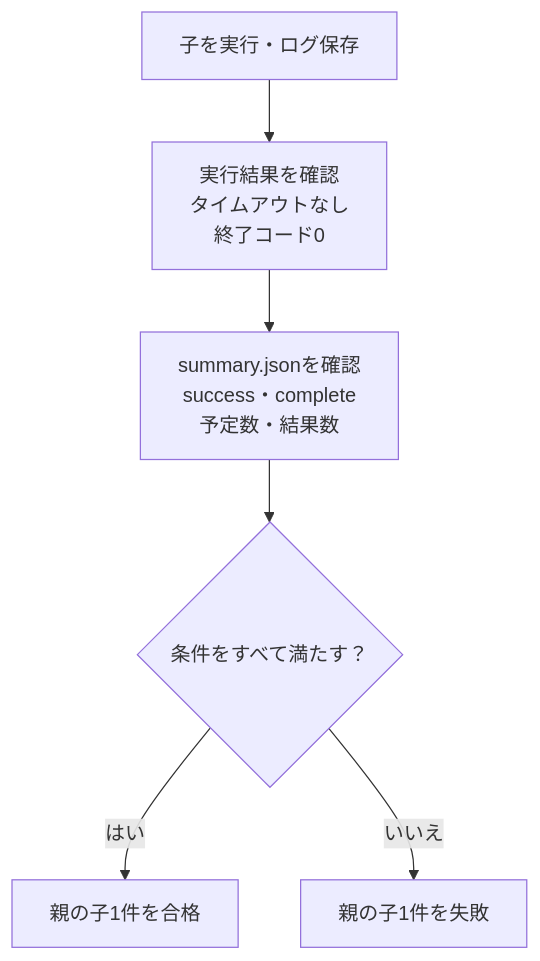
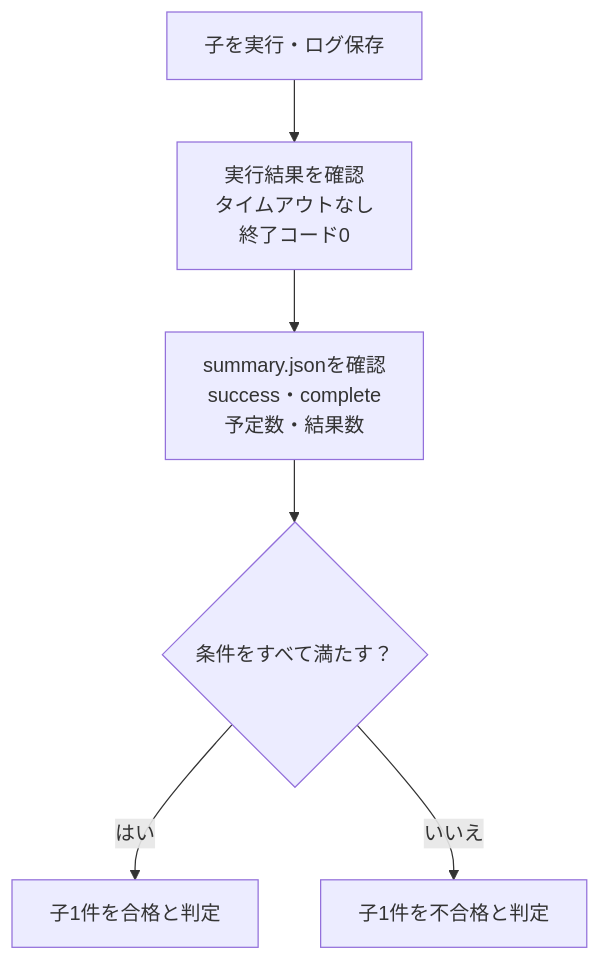
Before and after one commit to kurochan001/lsi-verification-method: the second of 2 diagrams in examples/local-gap-regression/README.md, drawn with Mermaid. The commit also changed other lines of this file and 91 other files, not shown here.

````diff
--- a/examples/local-gap-regression/README.md
+++ b/examples/local-gap-regression/README.md
@@ -58,10 +58,10 @@
 ```mermaid
 flowchart TD
   accTitle: 子の実行と記録を照合して親を判定する
   accDescr: 終了コードとsummaryの成功・完了・件数をすべて確認し、欠落や形式不正は失敗にする。
   R["子を実行・ログ保存"] --> X["実行結果を確認<br/>タイムアウトなし<br/>終了コード0"]
   X --> S["summary.jsonを確認<br/>success・complete<br/>予定数・結果数"]
   S --> C{"条件をすべて満たす？"}
-  C -->|はい| P["親の子1件を合格"]
-  C -->|いいえ| F["親の子1件を失敗"]
+  C -->|はい| P["子1件を合格と判定"]
+  C -->|いいえ| F["子1件を不合格と判定"]
 ```
````
